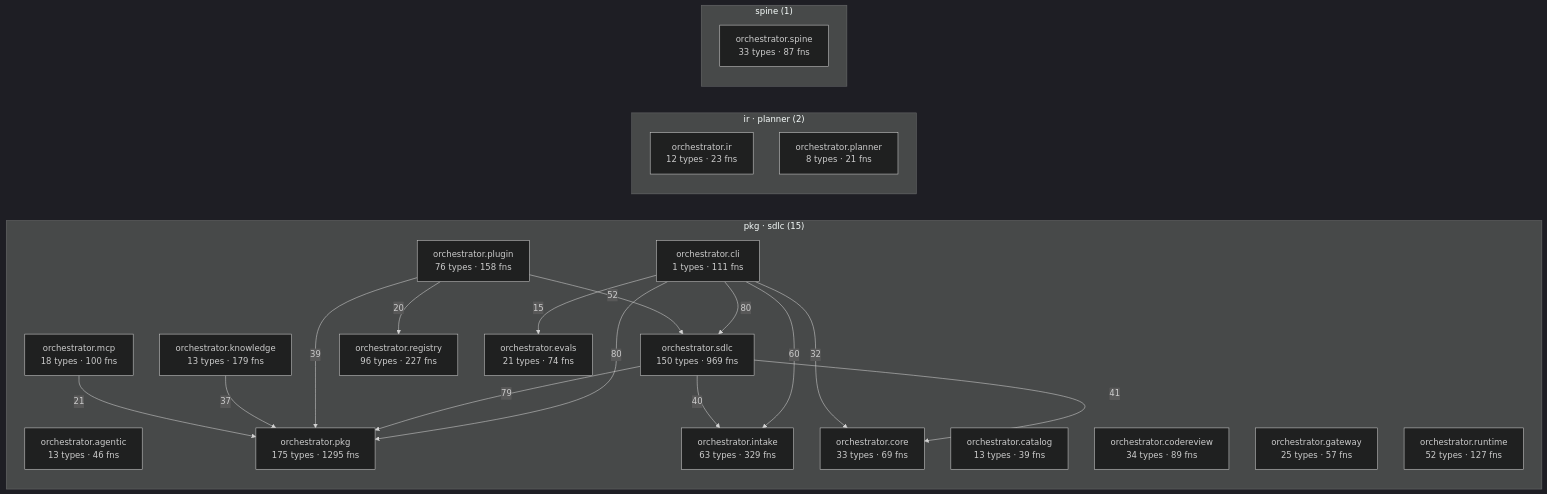
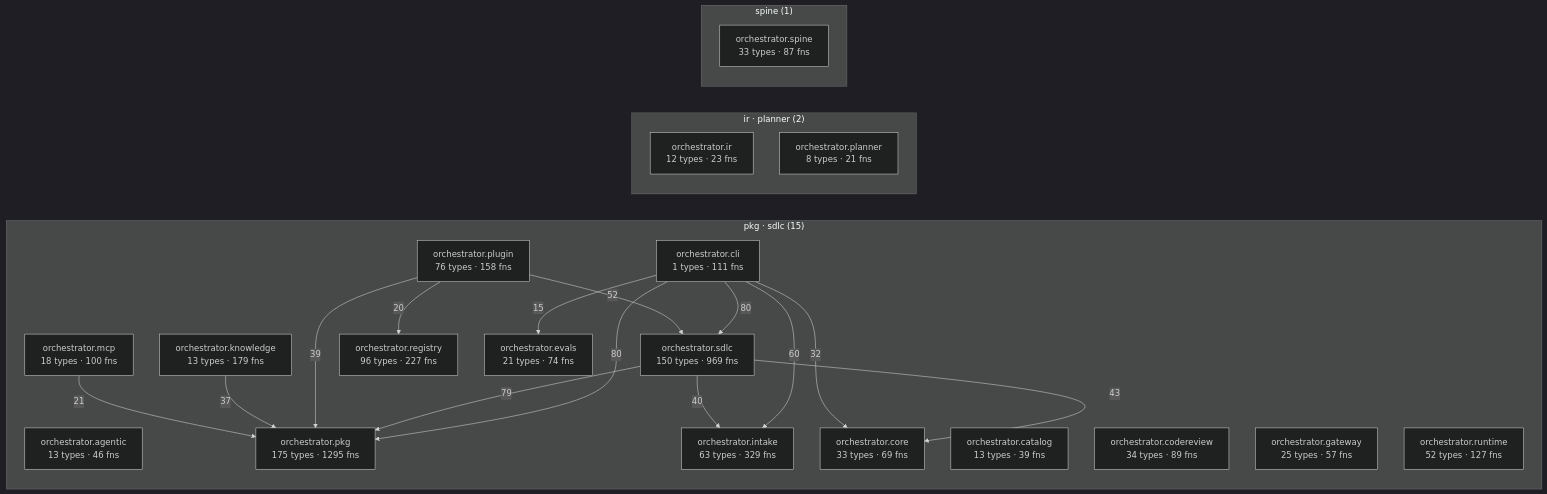
The diagram in episteme/architecture.md (synaptixs/spine), drawn with Mermaid (dark theme) before and after one commit. The commit also changed other lines of this file and 8 other files, not shown here.

````diff
--- a/episteme/architecture.md
+++ b/episteme/architecture.md
@@ -57,40 +57,40 @@
 ```mermaid
 flowchart LR
   subgraph c_2["pkg · sdlc (15)"]
     aorchestratoragentic["orchestrator.agentic<br/>13 types · 46 fns"]
     aorchestratorcatalog["orchestrator.catalog<br/>13 types · 39 fns"]
     aorchestratorcli["orchestrator.cli<br/>1 types · 111 fns"]
     aorchestratorcodereview["orchestrator.codereview<br/>34 types · 89 fns"]
     aorchestratorcore["orchestrator.core<br/>33 types · 69 fns"]
     aorchestratorevals["orchestrator.evals<br/>21 types · 74 fns"]
     aorchestratorgateway["orchestrator.gateway<br/>25 types · 57 fns"]
     aorchestratorintake["orchestrator.intake<br/>63 types · 329 fns"]
     aorchestratorknowledge["orchestrator.knowledge<br/>13 types · 179 fns"]
     aorchestratormcp["orchestrator.mcp<br/>18 types · 100 fns"]
     aorchestratorpkg["orchestrator.pkg<br/>175 types · 1295 fns"]
     aorchestratorplugin["orchestrator.plugin<br/>76 types · 158 fns"]
     aorchestratorregistry["orchestrator.registry<br/>96 types · 227 fns"]
     aorchestratorruntime["orchestrator.runtime<br/>52 types · 127 fns"]
     aorchestratorsdlc["orchestrator.sdlc<br/>150 types · 969 fns"]
   end
   subgraph c_5["ir · planner (2)"]
     aorchestratorir["orchestrator.ir<br/>12 types · 23 fns"]
     aorchestratorplanner["orchestrator.planner<br/>8 types · 21 fns"]
   end
   subgraph c_10["spine (1)"]
     aorchestratorspine["orchestrator.spine<br/>33 types · 87 fns"]
   end
   aorchestratorcli -->|80| aorchestratorpkg
   aorchestratorcli -->|80| aorchestratorsdlc
   aorchestratorsdlc -->|79| aorchestratorpkg
   aorchestratorcli -->|60| aorchestratorintake
   aorchestratorplugin -->|52| aorchestratorsdlc
-  aorchestratorsdlc -->|41| aorchestratorcore
+  aorchestratorsdlc -->|43| aorchestratorcore
   aorchestratorsdlc -->|40| aorchestratorintake
   aorchestratorplugin -->|39| aorchestratorpkg
   aorchestratorknowledge -->|37| aorchestratorpkg
   aorchestratorcli -->|32| aorchestratorcore
   aorchestratormcp -->|21| aorchestratorpkg
   aorchestratorplugin -->|20| aorchestratorregistry
   aorchestratorcli -->|15| aorchestratorevals
 ```
````
